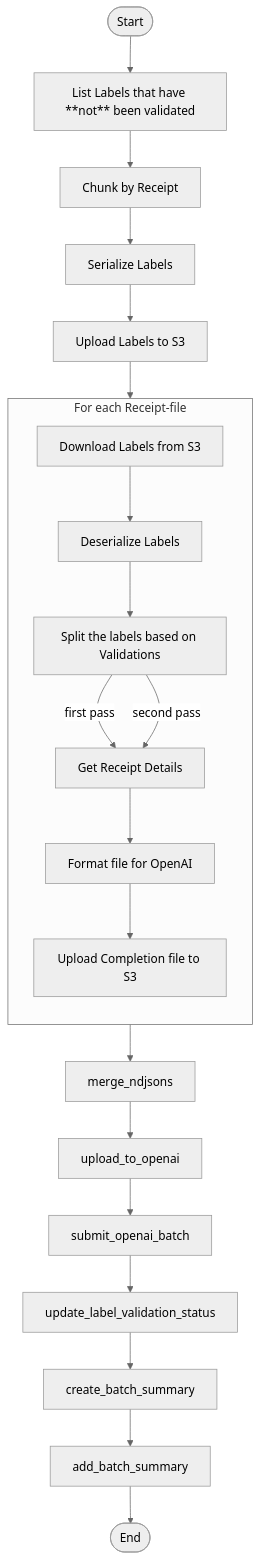
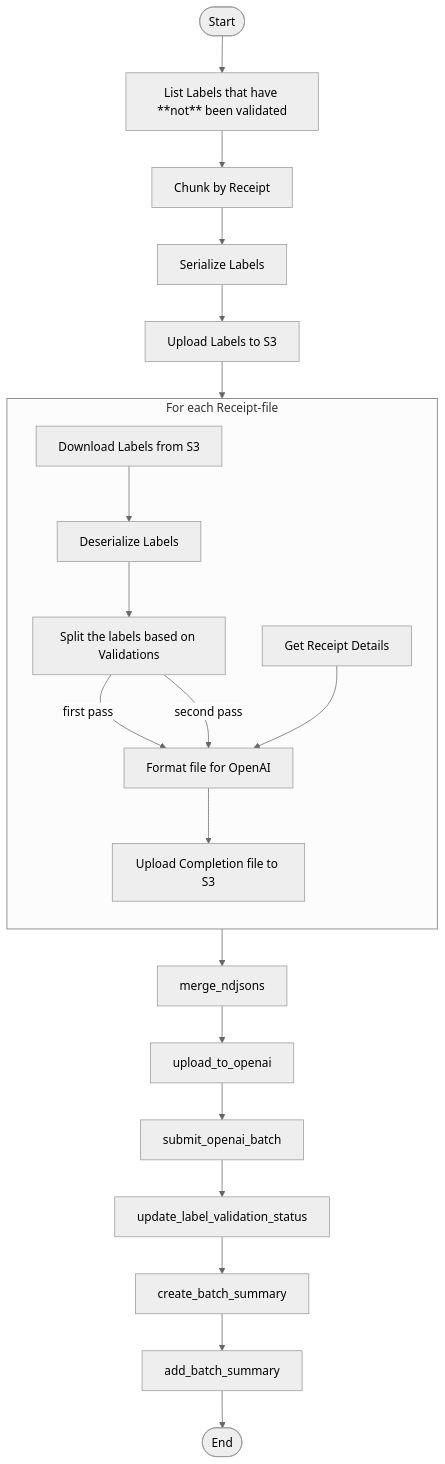
Before and after one commit to tnorlund/Portfolio: the diagram in receipt_label/receipt_label/submit_completion_batch/README.md, drawn with Mermaid (neutral theme).

````diff
--- a/receipt_label/receipt_label/submit_completion_batch/README.md
+++ b/receipt_label/receipt_label/submit_completion_batch/README.md
@@ -133,29 +133,29 @@
 ```mermaid
 flowchart TB
     %% ───────── Stage 1 : List Labels that need Validation ─────────
     Start([Start]) --> list_labels_that_need_validation["List Labels that have **not** been validated"]
     list_labels_that_need_validation --> chunk_into_completion_batches["Chunk by Receipt"]
     chunk_into_completion_batches --> serialize_labels["Serialize Labels"]
     serialize_labels --> upload_serialized_labels["Upload Labels to S3"]
     upload_serialized_labels --> PerReceiptMap
 
     %% ───────── Stage 2 : Format Completions ─────────
     subgraph PerReceiptMap["For each Receipt-file"]
         direction TB
         download_serialized_labels["Download Labels from S3"] --> deserialize_labels["Deserialize Labels"]
         deserialize_labels --> split_first_and_second_pass["Split the labels based on Validations"]
-        split_first_and_second_pass -- first pass --> get_receipt_details["Get Receipt Details"]
-        split_first_and_second_pass -- second pass --> get_receipt_details
-        get_receipt_details --> format_batch_completion_file["Format file for OpenAI"]
+        split_first_and_second_pass -- first pass --> format_batch_completion_file["Format file for OpenAI"]
+        split_first_and_second_pass -- second pass --> format_batch_completion_file
+        get_receipt_details["Get Receipt Details"] --> format_batch_completion_file
         format_batch_completion_file --> upload_completion_batch_file["Upload Completion file to S3"]
     end
 
     %% ───────── Stage 3 : Batch for OpenAI ─────────
     PerReceiptMap --> merge_ndjsons
     merge_ndjsons --> upload_to_openai
     upload_to_openai --> submit_openai_batch
     submit_openai_batch --> update_label_validation_status
     update_label_validation_status --> create_batch_summary
     create_batch_summary --> add_batch_summary
     add_batch_summary --> End([End])
 ```
````
